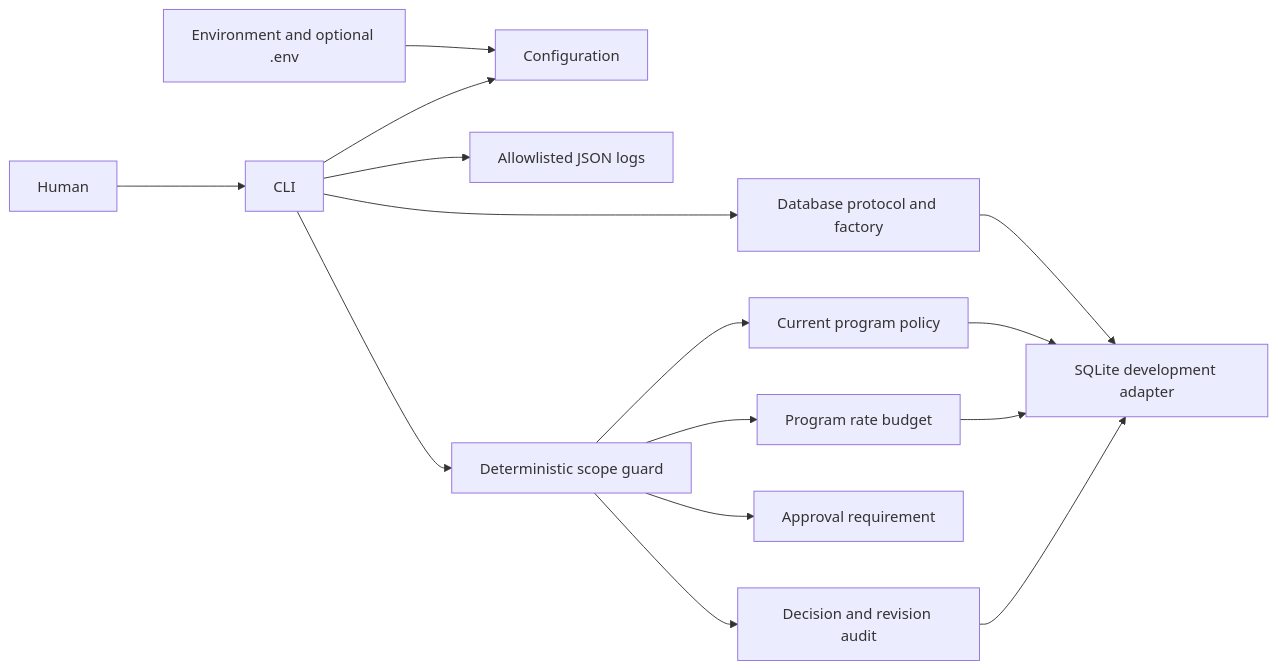
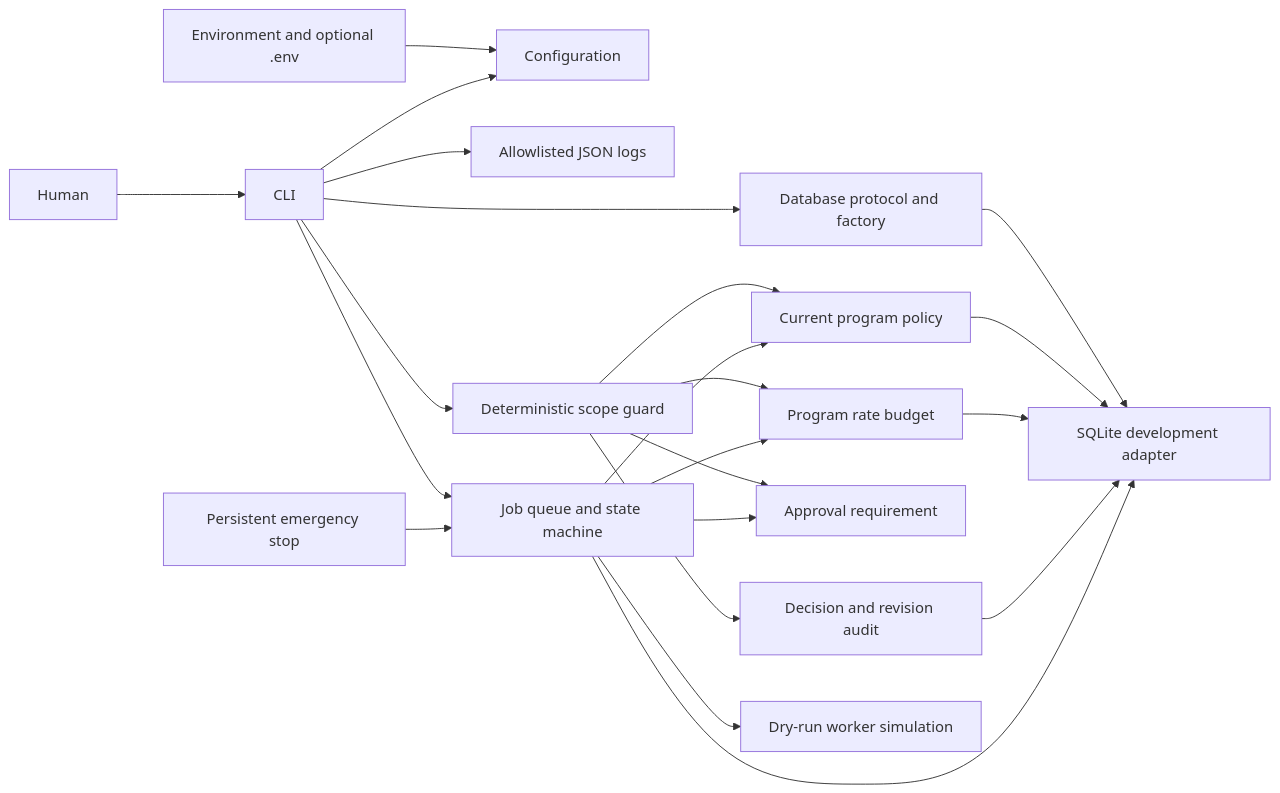
Before and after one commit to anich04/ai-bug-bounty-awareness-: the diagram in docs/architecture.md, drawn with Mermaid. The commit also changed other lines of this file and 12 other files, not shown here.

First line of the commit message:
Add Phase 2 dry-run job orchestration with approval, retries and emergency stop

````diff
--- a/docs/architecture.md
+++ b/docs/architecture.md
@@ -3,17 +3,24 @@
 ```mermaid
 flowchart LR
     Human --> CLI
     Environment[Environment and optional .env] --> Configuration
     CLI --> Configuration
     CLI --> Logging[Allowlisted JSON logs]
     CLI --> Boundary[Database protocol and factory]
     Boundary --> SQLite[SQLite development adapter]
     CLI --> Guard[Deterministic scope guard]
     Guard --> Policies[Current program policy]
     Guard --> Budget[Program rate budget]
     Guard --> Approval[Approval requirement]
     Policies --> SQLite
     Budget --> SQLite
     Guard --> Audit[Decision and revision audit]
     Audit --> SQLite
+    CLI --> Queue[Job queue and state machine]
+    Queue --> Policies
+    Queue --> Budget
+    Queue --> Approval
+    Queue --> SQLite
+    Queue --> Simulation[Dry-run worker simulation]
+    Stop[Persistent emergency stop] --> Queue
 ```
````
